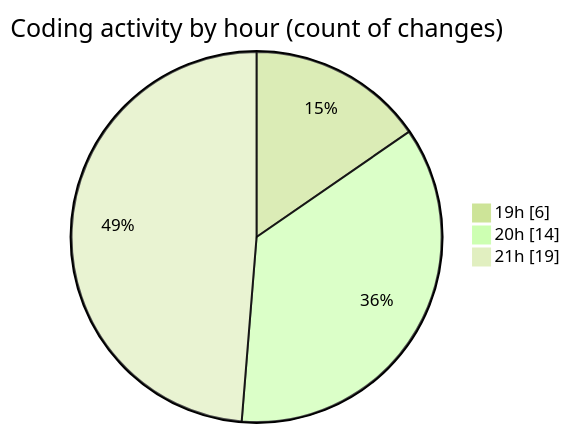
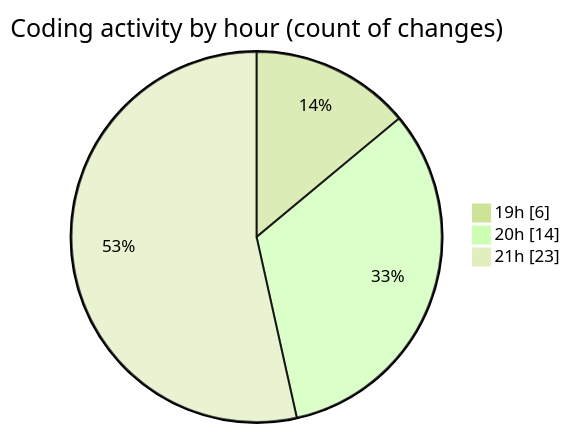
The second of 2 diagrams in 2025-09-13/new_folder/README.md (IJAZ3593/code-tracking), drawn with Mermaid (forest theme) before and after one commit. The commit also changed other lines of this file and 1 other file, not shown here.

````diff
--- a/2025-09-13/new_folder/README.md
+++ b/2025-09-13/new_folder/README.md
@@ -35,7 +35,7 @@
 ```mermaid
 pie showData
 title Coding activity by hour (count of changes)
 "19h" : 6
 "20h" : 14
-"21h" : 19
+"21h" : 23
 ```
````
